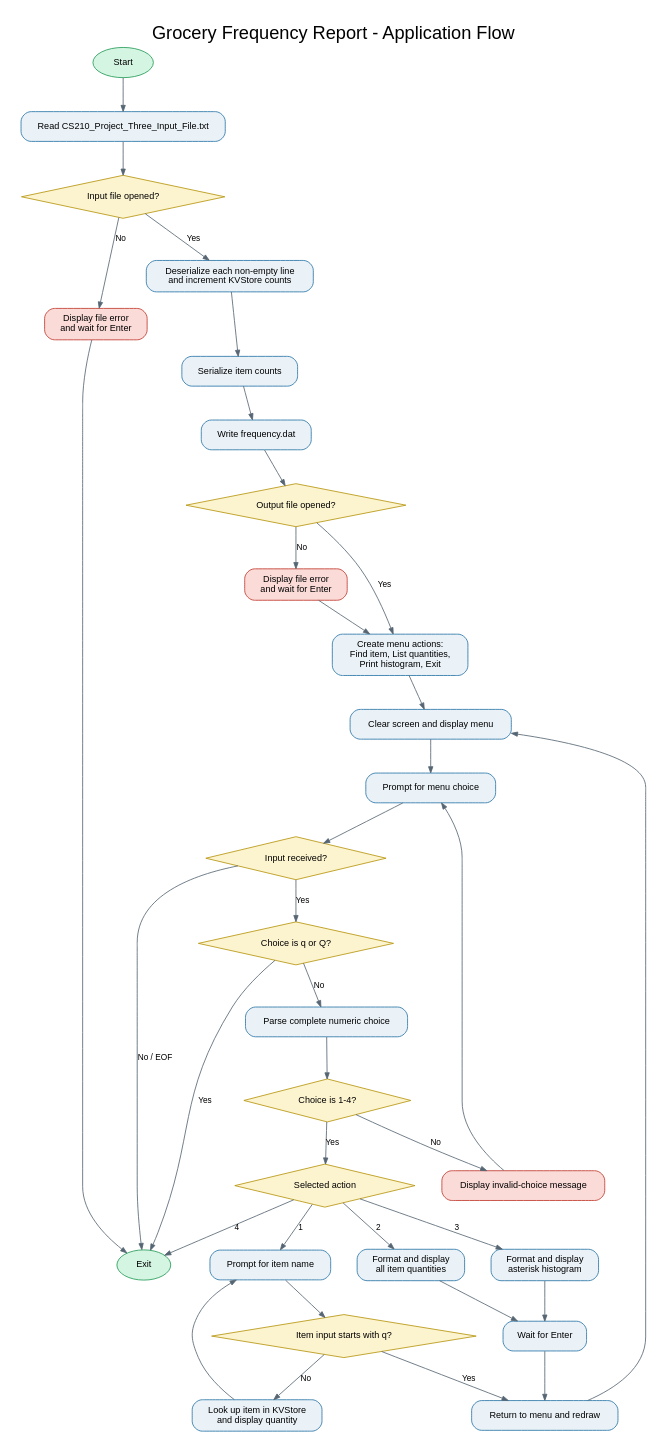
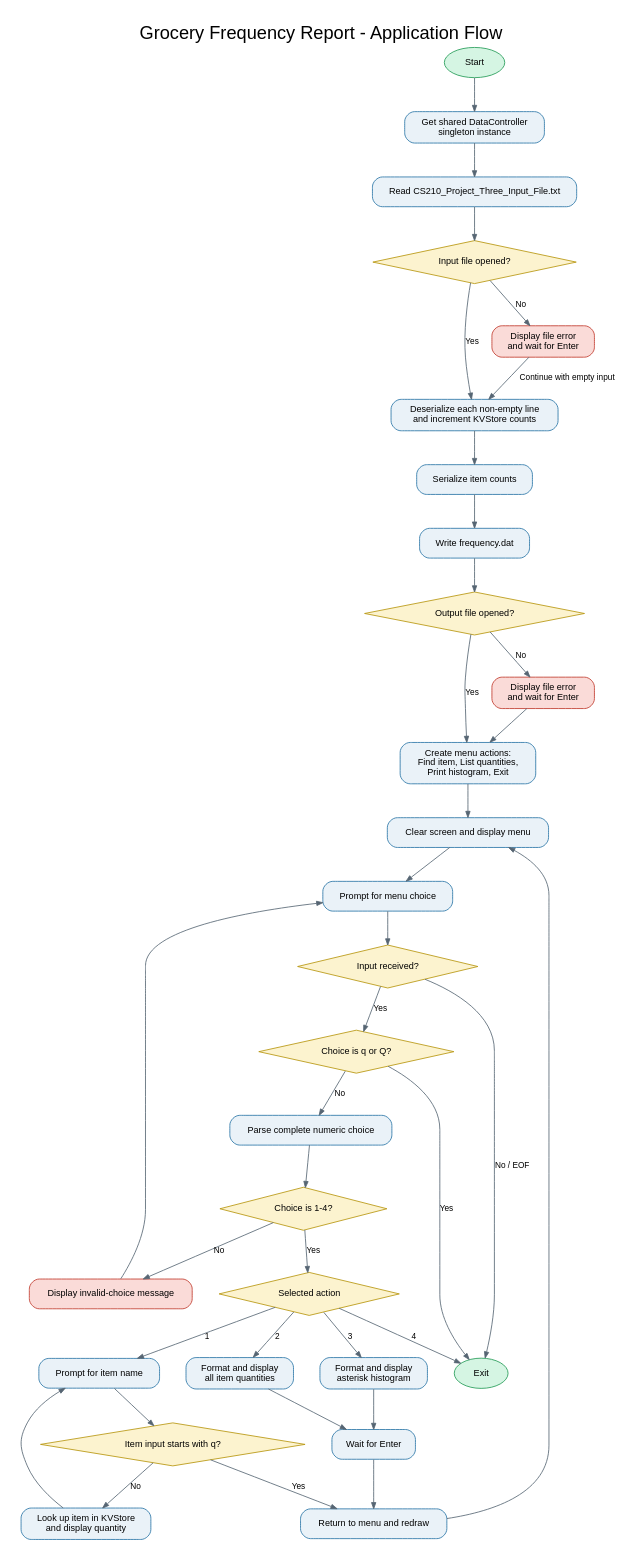
The diagram in diagrams/grocery_flowchart.dot (dr3mro/CS-210-12997-Project_Three_Grocery_Frequency_Report), drawn with Graphviz before and after one commit. The commit also changed 7 other files, not shown here.

```diff
--- a/diagrams/grocery_flowchart.dot
+++ b/diagrams/grocery_flowchart.dot
@@ -1,101 +1,103 @@
 digraph GroceryApplicationFlow {
     graph [
         bgcolor="white",
         fontname="Helvetica",
         rankdir=TB,
         nodesep=0.45,
         ranksep=0.55,
         pad=0.25,
         labelloc="t",
         label="Grocery Frequency Report - Application Flow",
         fontsize=22
     ];
 
     node [
         shape=box,
         style="rounded,filled",
         fillcolor="#EAF2F8",
         color="#2874A6",
         fontname="Helvetica",
         fontsize=11,
         margin="0.16,0.10"
     ];
 
     edge [
         color="#566573",
         fontname="Helvetica",
         fontsize=10,
         arrowsize=0.75
     ];
 
     start [shape=oval, fillcolor="#D5F5E3", color="#239B56", label="Start"];
+    controller [label="Get shared DataController\nsingleton instance"];
     load [label="Read CS210_Project_Three_Input_File.txt"];
     file_ok [shape=diamond, style="filled", fillcolor="#FCF3CF", color="#B7950B",
              label="Input file opened?"];
     load_error [label="Display file error\nand wait for Enter", fillcolor="#FADBD8", color="#C0392B"];
     count [label="Deserialize each non-empty line\nand increment KVStore counts"];
     serialize [label="Serialize item counts"];
     save [label="Write frequency.dat"];
     save_ok [shape=diamond, style="filled", fillcolor="#FCF3CF", color="#B7950B",
              label="Output file opened?"];
     save_error [label="Display file error\nand wait for Enter", fillcolor="#FADBD8", color="#C0392B"];
     create_menu [label="Create menu actions:\nFind item, List quantities,\nPrint histogram, Exit"];
     show_menu [label="Clear screen and display menu"];
     prompt [label="Prompt for menu choice"];
     input_ok [shape=diamond, style="filled", fillcolor="#FCF3CF", color="#B7950B",
               label="Input received?"];
     quit [shape=diamond, style="filled", fillcolor="#FCF3CF", color="#B7950B",
           label="Choice is q or Q?"];
     validate [label="Parse complete numeric choice"];
     valid [shape=diamond, style="filled", fillcolor="#FCF3CF", color="#B7950B",
            label="Choice is 1-4?"];
     invalid [label="Display invalid-choice message", fillcolor="#FADBD8", color="#C0392B"];
     dispatch [shape=diamond, style="filled", fillcolor="#FCF3CF", color="#B7950B",
               label="Selected action"];
     find_prompt [label="Prompt for item name"];
     find_quit [shape=diamond, style="filled", fillcolor="#FCF3CF", color="#B7950B",
                label="Item input starts with q?"];
     find_result [label="Look up item in KVStore\nand display quantity"];
     list [label="Format and display\nall item quantities"];
     histogram [label="Format and display\nasterisk histogram"];
     pause [label="Wait for Enter"];
     redraw [label="Return to menu and redraw"];
     exit [shape=oval, fillcolor="#D5F5E3", color="#239B56", label="Exit"];
 
-    start -> load;
+    start -> controller;
+    controller -> load;
     load -> file_ok;
     file_ok -> load_error [label="No"];
     file_ok -> count [label="Yes"];
-    load_error -> exit;
+    load_error -> count [label="Continue with empty input"];
     count -> serialize;
     serialize -> save;
     save -> save_ok;
     save_ok -> save_error [label="No"];
     save_ok -> create_menu [label="Yes"];
     save_error -> create_menu;
     create_menu -> show_menu;
     show_menu -> prompt;
     prompt -> input_ok;
     input_ok -> exit [label="No / EOF"];
     input_ok -> quit [label="Yes"];
     quit -> exit [label="Yes"];
     quit -> validate [label="No"];
     validate -> valid;
     valid -> invalid [label="No"];
     invalid -> prompt;
     valid -> dispatch [label="Yes"];
 
     dispatch -> find_prompt [label="1"];
     dispatch -> list [label="2"];
     dispatch -> histogram [label="3"];
     dispatch -> exit [label="4"];
 
     find_prompt -> find_quit;
     find_quit -> redraw [label="Yes"];
     find_quit -> find_result [label="No"];
     find_result -> find_prompt;
     list -> pause;
     histogram -> pause;
     pause -> redraw;
     redraw -> show_menu;
 }
```
